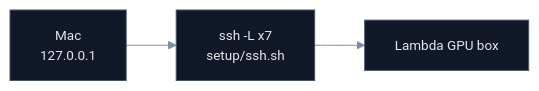
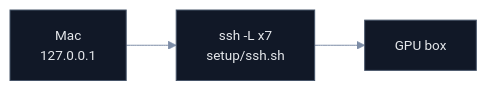
Before and after one commit to harshuljain13/Dodona: the first of 5 diagrams in docs/cluster/infrastructure.md, drawn with Mermaid. The commit also changed other lines of this file and 10 other files, not shown here.

````diff
--- a/docs/cluster/infrastructure.md
+++ b/docs/cluster/infrastructure.md
@@ -14,16 +14,16 @@
 ```mermaid
 %%{init: {'theme':'base','themeVariables':{
   'darkMode':true,'background':'#0B0B0B',
   'fontFamily':'Helvetica, Arial, sans-serif','fontSize':'13.5px',
   'primaryColor':'#111827','primaryTextColor':'#E5E7EB','primaryBorderColor':'#475569',
   'lineColor':'#7C8CA6','textColor':'#E5E7EB','titleColor':'#E5E7EB',
   'clusterBkg':'#0F1218','clusterBorder':'#263142','edgeLabelBackground':'#0B0B0B'
 }}}%%
 flowchart LR
     MAC["Mac<br/>127.0.0.1"]
     SSH["ssh -L x7<br/>setup/ssh.sh"]
-    BOX["Lambda GPU box"]
+    BOX["GPU box"]
 
     MAC --> SSH
     SSH --> BOX
 ```
````
